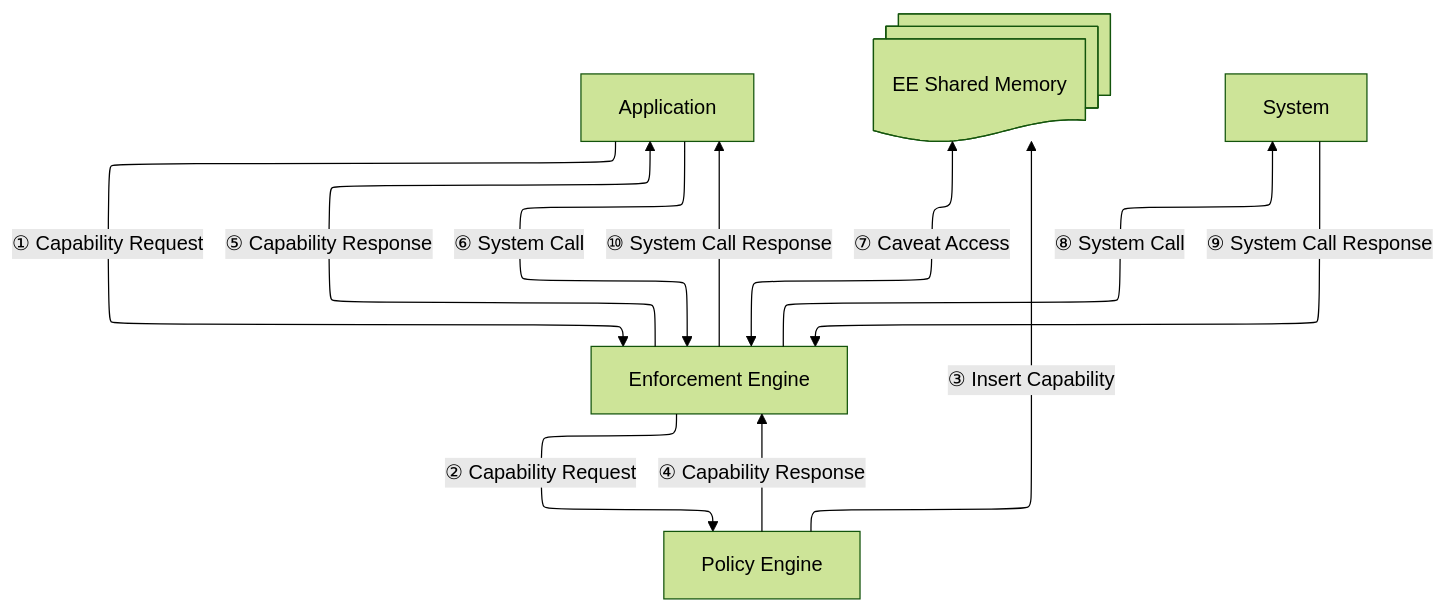
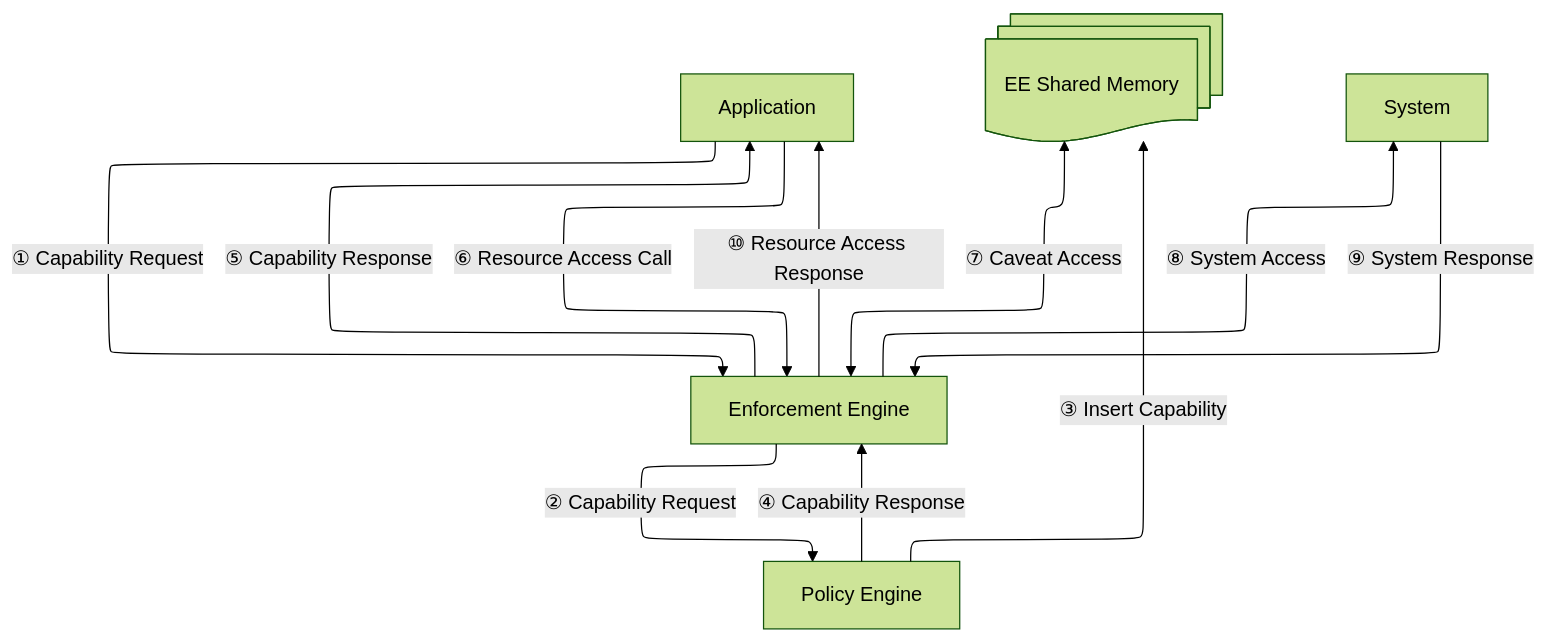
One commit to aranya-project/aranya-docs changed the first of 2 diagrams in docs/enforcement-engine.md. Above: the diagram before and after it, drawn with Mermaid (forest theme). The commit also changed other lines of this file, not shown here.

````diff
--- a/docs/enforcement-engine.md
+++ b/docs/enforcement-engine.md
@@ -7,23 +7,23 @@
 ```mermaid
 ---
 config:
   layout: elk
 ---
 graph BT
   linkStyle default padding:3px;
   app["Application"]
   ee["Enforcement Engine"]
   pe["Policy Engine"]
   shm@{shape: docs, label: "EE Shared Memory"}
   sys["System"]
   app -- "① Capability Request" --> ee
   ee -- "② Capability Request" --> pe
   pe -- "③ Insert Capability" --> shm
   pe -- "④ Capability Response" --> ee
   ee -- "⑤ Capability Response" --> app
-  app -- "⑥ System Call" --> ee
+  app -- "⑥ Resource Access Call" --> ee
   ee <-- "⑦ Caveat Access" --> shm
-  ee -- "⑧ System Call" --> sys
-  sys -- "⑨ System Call Response" --> ee
-  ee -- "⑩ System Call Response" --> app
+  ee -- "⑧ System Access" --> sys
+  sys -- "⑨ System Response" --> ee
+  ee -- "⑩ Resource Access Response" --> app
 ```
````
